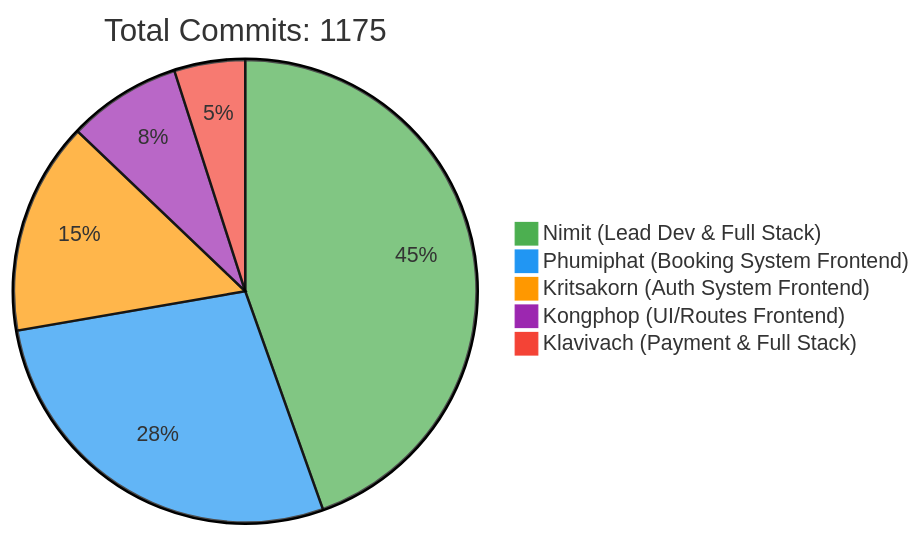
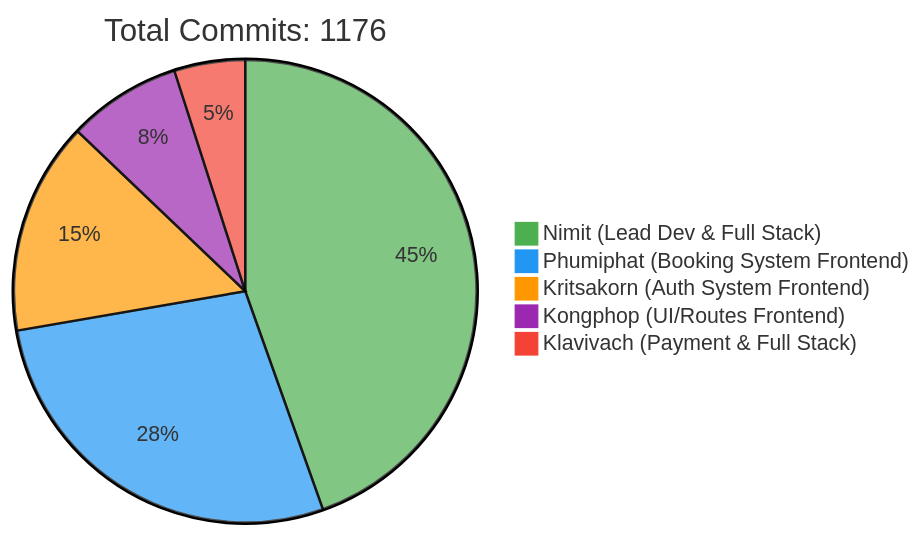
One commit to 6531503042/Sport-Complex changed the first of 2 diagrams in README.md. Above: the diagram before and after it, drawn with Mermaid. The commit also changed other lines of this file, not shown here.

Commit message:
docs: Update contributor statistics [skip ci]

````diff
--- a/README.md
+++ b/README.md
@@ -257,10 +257,10 @@
 ```mermaid
 %%{init: {'theme': 'base', 'themeVariables': { 'pie1': '#4CAF50', 'pie2': '#2196F3', 'pie3': '#FF9800', 'pie4': '#9C27B0', 'pie5': '#F44336'}}}%%
 pie
-    title Total Commits: 1175
+    title Total Commits: 1176
     "Nimit (Lead Dev & Full Stack)" : 450
     "Phumiphat (Booking System Frontend)" : 280
     "Kritsakorn (Auth System Frontend)" : 150
     "Kongphop (UI/Routes Frontend)" : 80
     "Klavivach (Payment & Full Stack)" : 50
 ```
````
